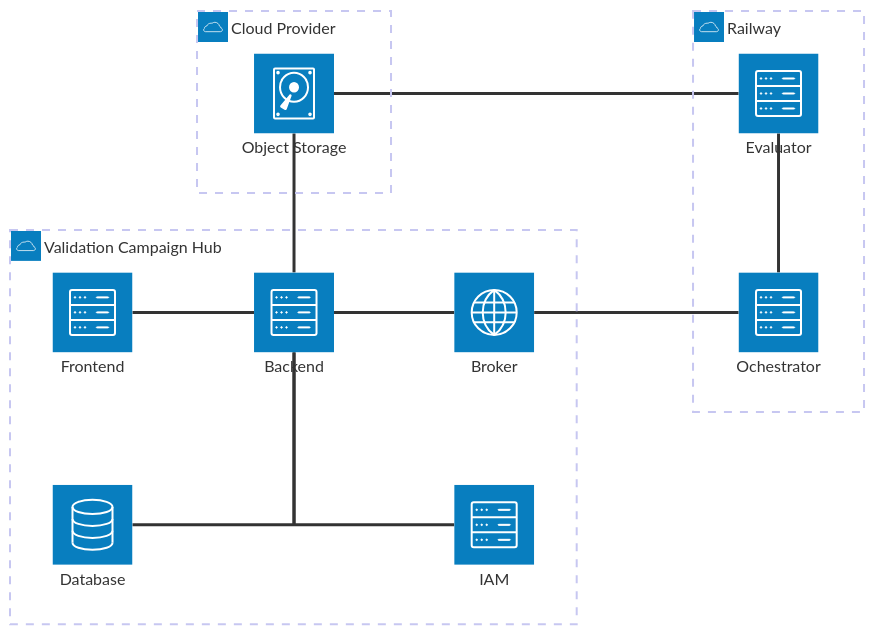
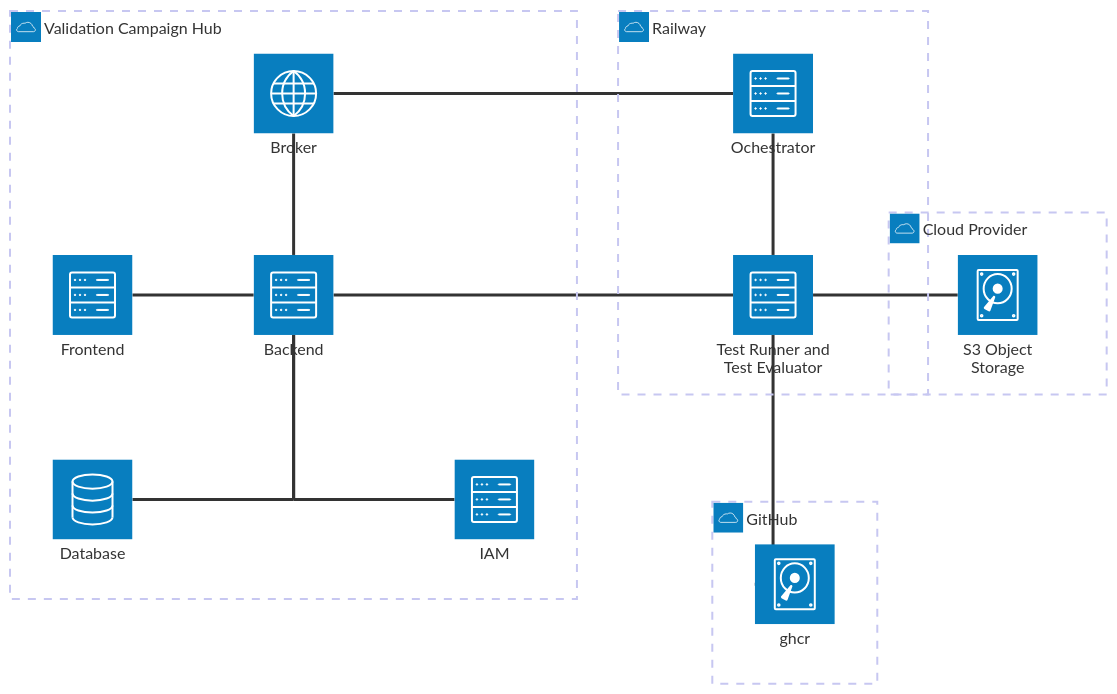
The first of 14 diagrams in docs/ARCHITECTURE.md (flatland-association/flatland-benchmarks), drawn with Mermaid before and after one commit.

Commit message:
Update technical context.

````diff
--- a/docs/ARCHITECTURE.md
+++ b/docs/ARCHITECTURE.md
@@ -261,34 +261,41 @@
 ```mermaid
 architecture-beta
 group api(cloud)[Validation Campaign Hub]
 
 service db(database)[Database] in api
 service frontend(server)[Frontend] in api
 service backend(server)[Backend] in api
 service broker(internet)[Broker] in api
 service keycloak(server)[IAM] in api
 
+
 group railway(cloud)[Railway]
 service orchestratorailway(server)[Ochestrator] in railway
-service evaluatorrailway(server)[Evaluator] in railway
+service evaluatorrailway(server)[Test Runner and Test Evaluator] in railway
 
 group Cloudstorage(cloud)[Cloud Provider]
-service s3(disk)[Object Storage] in Cloudstorage
+service s3(disk)[S3 Object Storage] in Cloudstorage
+
+group gh(cloud)[GitHub]
+service ghcr(disk)[ghcr] in gh
+
 
 junction junctionBackend in api
 
 
 frontend:R -- L:backend
 backend:B -- T:junctionBackend
-backend:R -- L:broker
+backend:T -- B:broker
 
 broker:R -- L:orchestratorailway
-orchestratorailway:T -- B:evaluatorrailway
-evaluatorrailway:L -- R:s3
+orchestratorailway:B -- T:evaluatorrailway
+evaluatorrailway:L -- R:backend
 junctionBackend:T -- B:backend
 
 junctionBackend:R -- L:keycloak
 junctionBackend:L -- R:db
 
-backend:T -- B:s3
+
+evaluatorrailway:R -- L:s3
+evaluatorrailway:B -- L:ghcr
 ```
````
